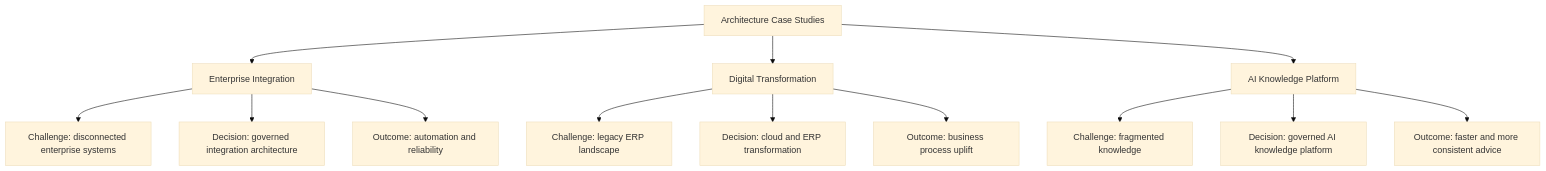
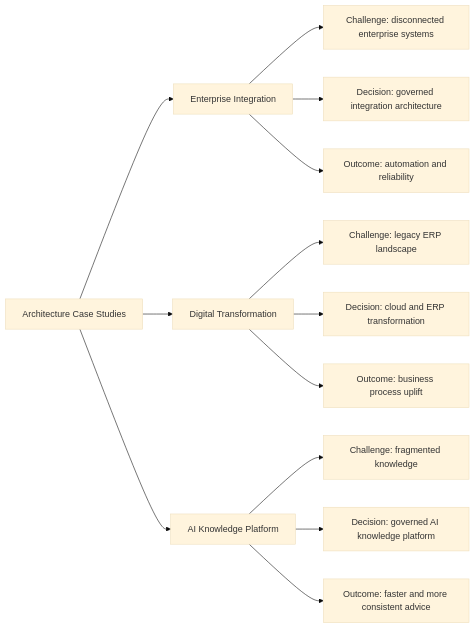
The tenth of 15 diagrams in README.md (banban/banban), drawn with Mermaid (base theme) before and after one commit. The commit also changed other lines of this file, not shown here.

Commit message:
rotate diagram

````diff
--- a/README.md
+++ b/README.md
@@ -281,15 +281,15 @@
 ```mermaid
-flowchart TD
+flowchart LR
     A[Architecture Case Studies] --> B[Enterprise Integration]
     A --> C[Digital Transformation]
     A --> D[AI Knowledge Platform]
     B --> B1[Challenge: disconnected enterprise systems]
     B --> B2[Decision: governed integration architecture]
     B --> B3[Outcome: automation and reliability]
     C --> C1[Challenge: legacy ERP landscape]
     C --> C2[Decision: cloud and ERP transformation]
     C --> C3[Outcome: business process uplift]
     D --> D1[Challenge: fragmented knowledge]
     D --> D2[Decision: governed AI knowledge platform]
     D --> D3[Outcome: faster and more consistent advice]
 ```
````
